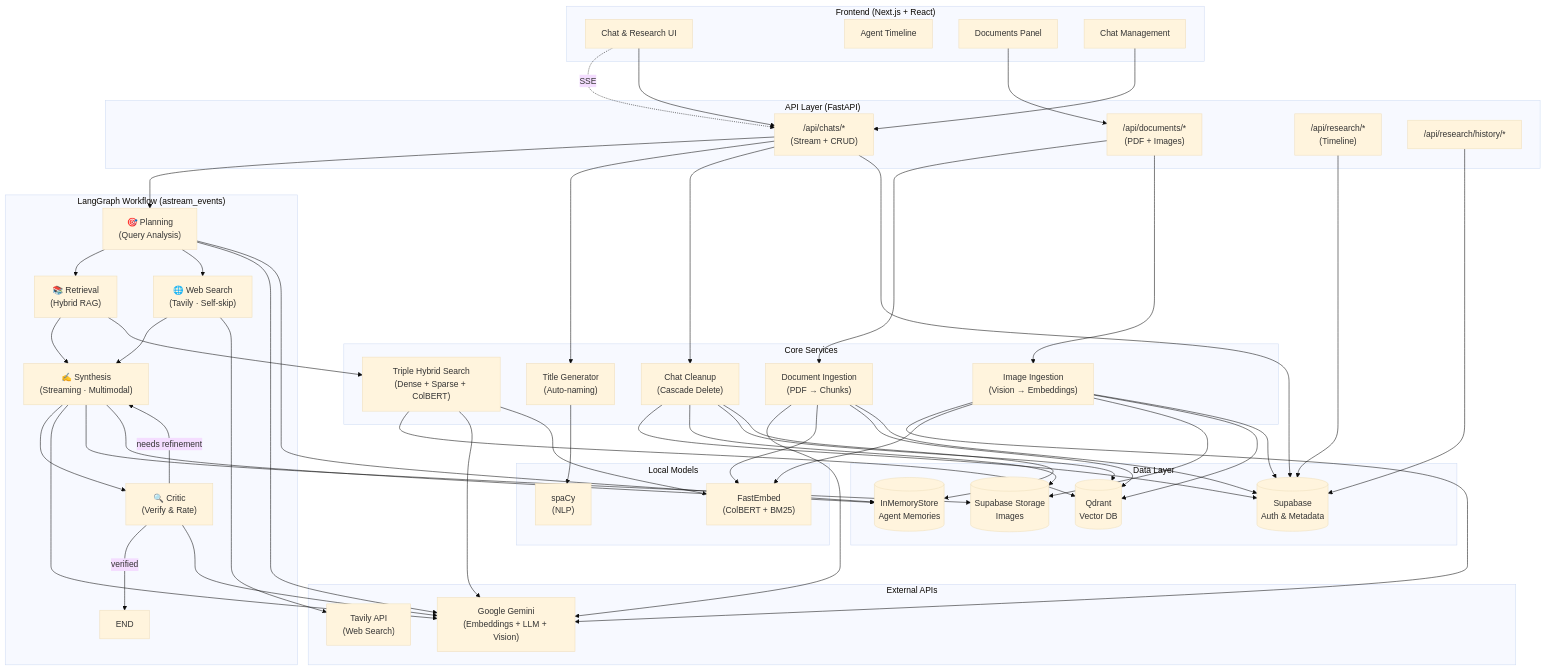
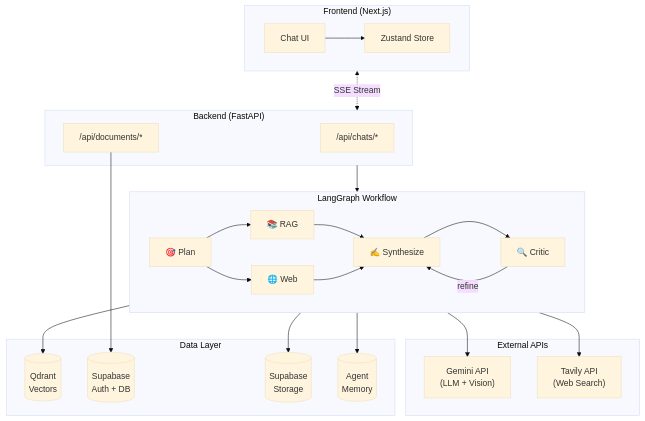
One commit to thornxyz/revera changed the diagram in README.md. Above: the diagram before and after it, drawn with Mermaid (base theme). The commit also changed other lines of this file, not shown here.

Commit message:
readme update

````diff
--- a/README.md
+++ b/README.md
@@ -7,99 +7,43 @@
 ```mermaid
 flowchart TB
-    subgraph Frontend["Frontend (Next.js + React)"]
-        UI[Chat & Research UI]
-        Timeline[Agent Timeline]
-        DocPanel[Documents Panel]
-        ChatList[Chat Management]
+    subgraph Client["Frontend (Next.js)"]
+        UI["Chat UI"] --> Store["Zustand Store"]
     end
-
-    subgraph API["API Layer (FastAPI)"]
-        ChatsAPI["/api/chats/*<br/>(Stream + CRUD)"]
-        DocumentsAPI["/api/documents/*<br/>(PDF + Images)"]
-        ResearchAPI["/api/research/*<br/>(Timeline)"]
-        HistoryAPI["/api/research/history/*"]
+    
+    subgraph Server["Backend (FastAPI)"]
+        ChatsAPI["/api/chats/*"]
+        DocsAPI["/api/documents/*"]
     end
-
-    subgraph LangGraph["LangGraph Workflow (astream_events)"]
-        Planner["🎯 Planning<br/>(Query Analysis)"]
-        Retrieval["📚 Retrieval<br/>(Hybrid RAG)"]
-        WebSearch["🌐 Web Search<br/>(Tavily · Self-skip)"]
-        Synthesis["✍️ Synthesis<br/>(Streaming · Multimodal)"]
-        Critic["🔍 Critic<br/>(Verify & Rate)"]
-        
-        Planner --> Retrieval
-        Planner --> WebSearch
-        Retrieval --> Synthesis
-        WebSearch --> Synthesis
-        Synthesis --> Critic
-        Critic -->|needs refinement| Synthesis
-        Critic -->|verified| End[END]
+    
+    subgraph Agents["LangGraph Workflow"]
+        direction LR
+        Plan["🎯 Plan"] --> Retrieve["📚 RAG"]
+        Plan --> Web["🌐 Web"]
+        Retrieve --> Synth["✍️ Synthesize"]
+        Web --> Synth
+        Synth --> Critic["🔍 Critic"]
+        Critic -->|refine| Synth
     end
-
-    subgraph Services["Core Services"]
-        Ingestion["Document Ingestion<br/>(PDF → Chunks)"]
-        ImageIngest["Image Ingestion<br/>(Vision → Embeddings)"]
-        HybridRAG["Triple Hybrid Search<br/>(Dense + Sparse + ColBERT)"]
-        TitleGen["Title Generator<br/>(Auto-naming)"]
-        Cleanup["Chat Cleanup<br/>(Cascade Delete)"]
-    end
-
+    
     subgraph External["External APIs"]
-        Gemini["Google Gemini<br/>(Embeddings + LLM + Vision)"]
+        Gemini["Gemini API<br/>(LLM + Vision)"]
         Tavily["Tavily API<br/>(Web Search)"]
     end
-
-    subgraph Local["Local Models"]
-        FastEmbed["FastEmbed<br/>(ColBERT + BM25)"]
-        SpaCy["spaCy<br/>(NLP)"]
+    
+    subgraph Storage["Data Layer"]
+        Qdrant[("Qdrant<br/>Vectors")]
+        Supabase[("Supabase<br/>Auth + DB")]
+        SupaStorage[("Supabase<br/>Storage")]
+        Memory[("Agent<br/>Memory")]
     end
-
-    subgraph Data["Data Layer"]
-        Supabase[(Supabase<br/>Auth & Metadata)]
-        Storage[(Supabase Storage<br/>Images)]
-        Qdrant[(Qdrant<br/>Vector DB)]
-        Memory[(InMemoryStore<br/>Agent Memories)]
-    end
-
-    UI -.->|SSE| ChatsAPI
-    UI --> ChatsAPI
-    DocPanel --> DocumentsAPI
-    ChatList --> ChatsAPI
     
-    ChatsAPI --> Planner
-    ChatsAPI --> TitleGen
-    ChatsAPI --> Cleanup
-    DocumentsAPI --> Ingestion
-    DocumentsAPI --> ImageIngest
+    Client <-.->|SSE Stream| Server
+    Server --> Agents
     
-    Planner --> Gemini
-    Retrieval --> HybridRAG
-    WebSearch --> Tavily
-    Synthesis --> Gemini
-    Critic --> Gemini
-    
-    HybridRAG --> Qdrant
-    HybridRAG --> Gemini
-    HybridRAG --> FastEmbed
-    Ingestion --> Gemini
-    Ingestion --> FastEmbed
-    Ingestion --> Qdrant
-    Ingestion --> Supabase
-    ImageIngest --> Gemini
-    ImageIngest --> FastEmbed
-    ImageIngest --> Storage
-    ImageIngest --> Qdrant
-    ImageIngest --> Supabase
-    Synthesis --> Storage
-    Planner --> Memory
-    Synthesis --> Memory
-    TitleGen --> SpaCy
-    
-    Cleanup --> Supabase
-    Cleanup --> Storage
-    Cleanup --> Qdrant
-    Cleanup --> Memory
-    ResearchAPI --> Supabase
-    HistoryAPI --> Supabase
-    ChatsAPI --> Supabase
+    Agents --> Gemini
+    Web --> Tavily
+    Retrieve --> Qdrant
+    Synth --> SupaStorage
+    Agents --> Memory
+    DocsAPI --> Supabase
 ```
````
